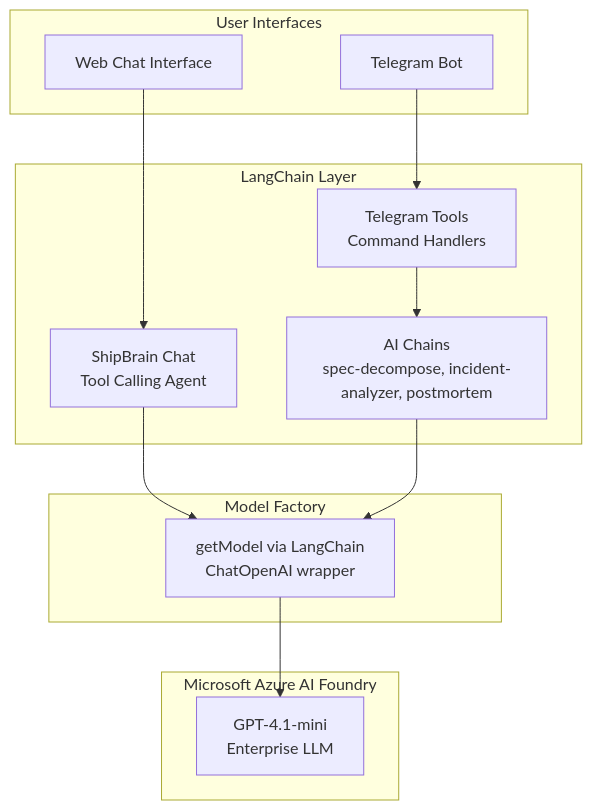
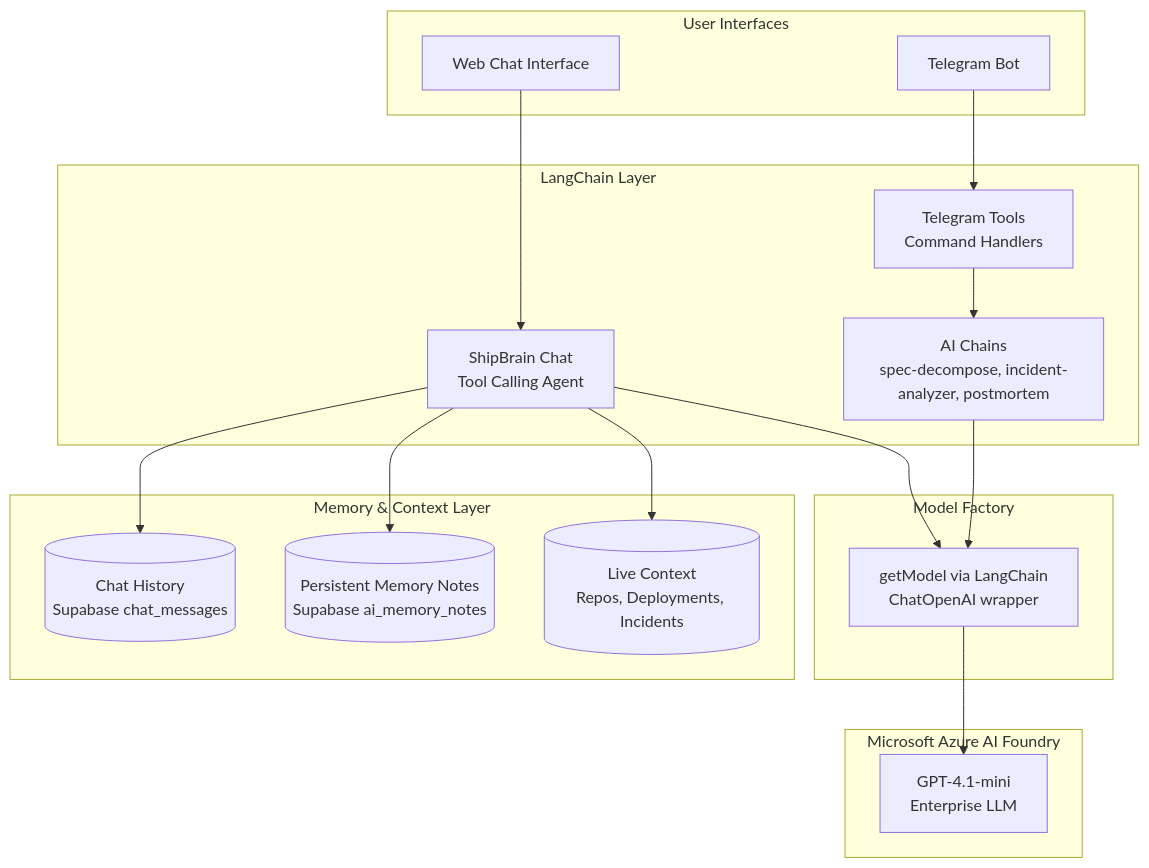
Diagram 15 of 19 in SHIPBRAIN_PRD_FINAL.md (JeevantheDev/ShipBrain), drawn with Mermaid before and after one commit. The commit also changed other lines of this file and 1 other file, not shown here.

Commit message:
docs & test: update PRD diagrams with memory layer and fix orchestrator unit test

````diff
--- a/SHIPBRAIN_PRD_FINAL.md
+++ b/SHIPBRAIN_PRD_FINAL.md
@@ -668,28 +676,39 @@
 ```mermaid
 flowchart TB
     subgraph "User Interfaces"
         CHAT[Web Chat Interface]
         TG[Telegram Bot]
+    end
+
+    subgraph "Memory & Context Layer"
+        HIST[(Chat History<br/>Supabase chat_messages)]
+        MEM[(Persistent Memory Notes<br/>Supabase ai_memory_notes)]
+        CTX[(Live Context<br/>Repos, Deployments, Incidents)]
     end
 
     subgraph "LangChain Layer"
         SC[ShipBrain Chat<br/>Tool Calling Agent]
         TOOLS[Telegram Tools<br/>Command Handlers]
         CHAINS[AI Chains<br/>spec-decompose, incident-analyzer, postmortem]
     end
 
     subgraph "Model Factory"
         MF[getModel via LangChain<br/>ChatOpenAI wrapper]
     end
 
     subgraph "Microsoft Azure AI Foundry"
         AF[GPT-4.1-mini<br/>Enterprise LLM]
     end
 
     CHAT --> SC
     TG --> TOOLS
+    
+    SC --> HIST
+    SC --> MEM
+    SC --> CTX
+    
     SC --> MF
     TOOLS --> CHAINS
     CHAINS --> MF
     MF --> AF
 ```
````
